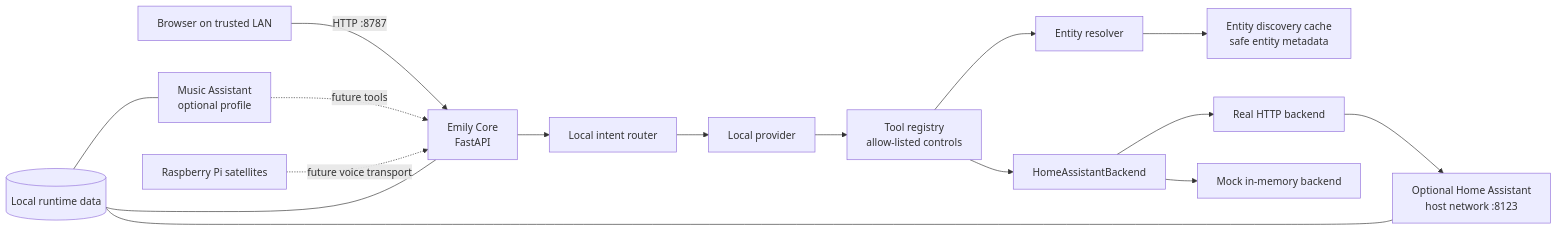
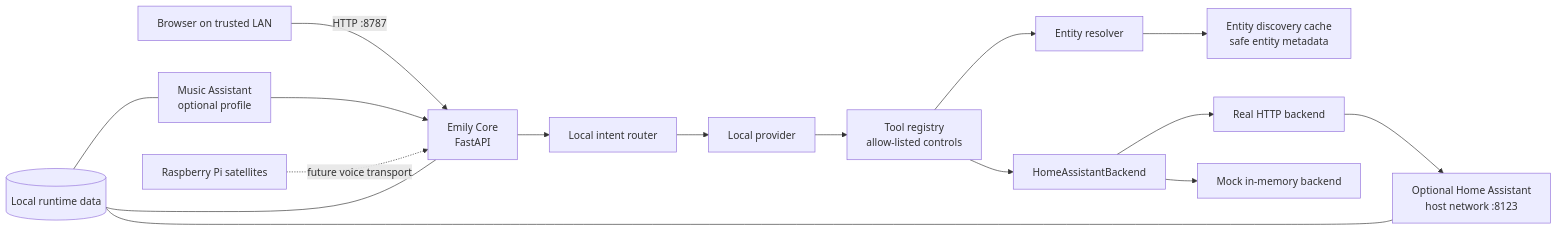
The diagram in README.md (AmirIqbal1/emily-assistant), drawn with Mermaid before and after one commit. The commit also changed other lines of this file and 21 other files, not shown here.

Commit message:
feat: add Music Assistant integration and music tools

````diff
--- a/README.md
+++ b/README.md
@@ -12,18 +12,18 @@
 ```mermaid
 flowchart LR
     Browser[Browser on trusted LAN] -->|HTTP :8787| Core[Emily Core<br/>FastAPI]
     Core --> Router[Local intent router]
     Router --> Provider[Local provider]
     Provider --> Tools[Tool registry<br/>allow-listed controls]
     Tools --> Resolver[Entity resolver]
     Resolver --> Discovery[Entity discovery cache<br/>safe entity metadata]
     Tools --> Backend[HomeAssistantBackend]
     Backend --> Real[Real HTTP backend]
     Backend --> Mock[Mock in-memory backend]
     Real --> HA[Optional Home Assistant<br/>host network :8123]
-    MA[Music Assistant<br/>optional profile] -. future tools .-> Core
+    MA[Music Assistant<br/>optional profile] --> Core
     Satellites[Raspberry Pi satellites] -. future voice transport .-> Core
     Runtime[(Local runtime data)] --- Core
     Runtime --- HA
     Runtime --- MA
 ```
````
